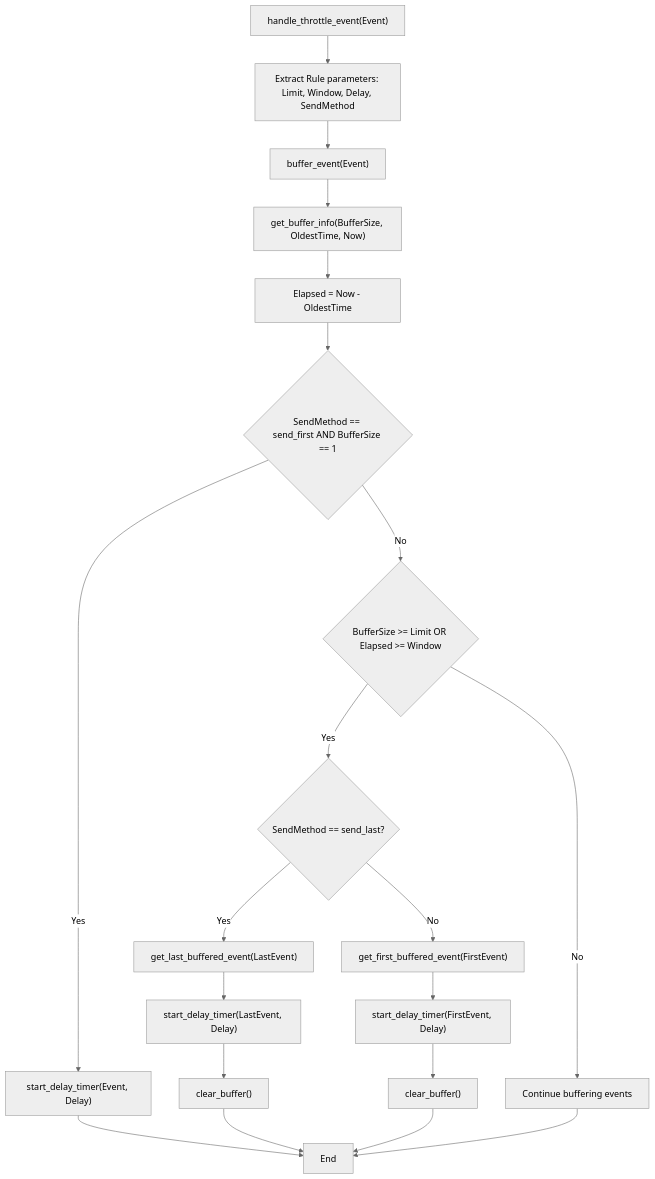
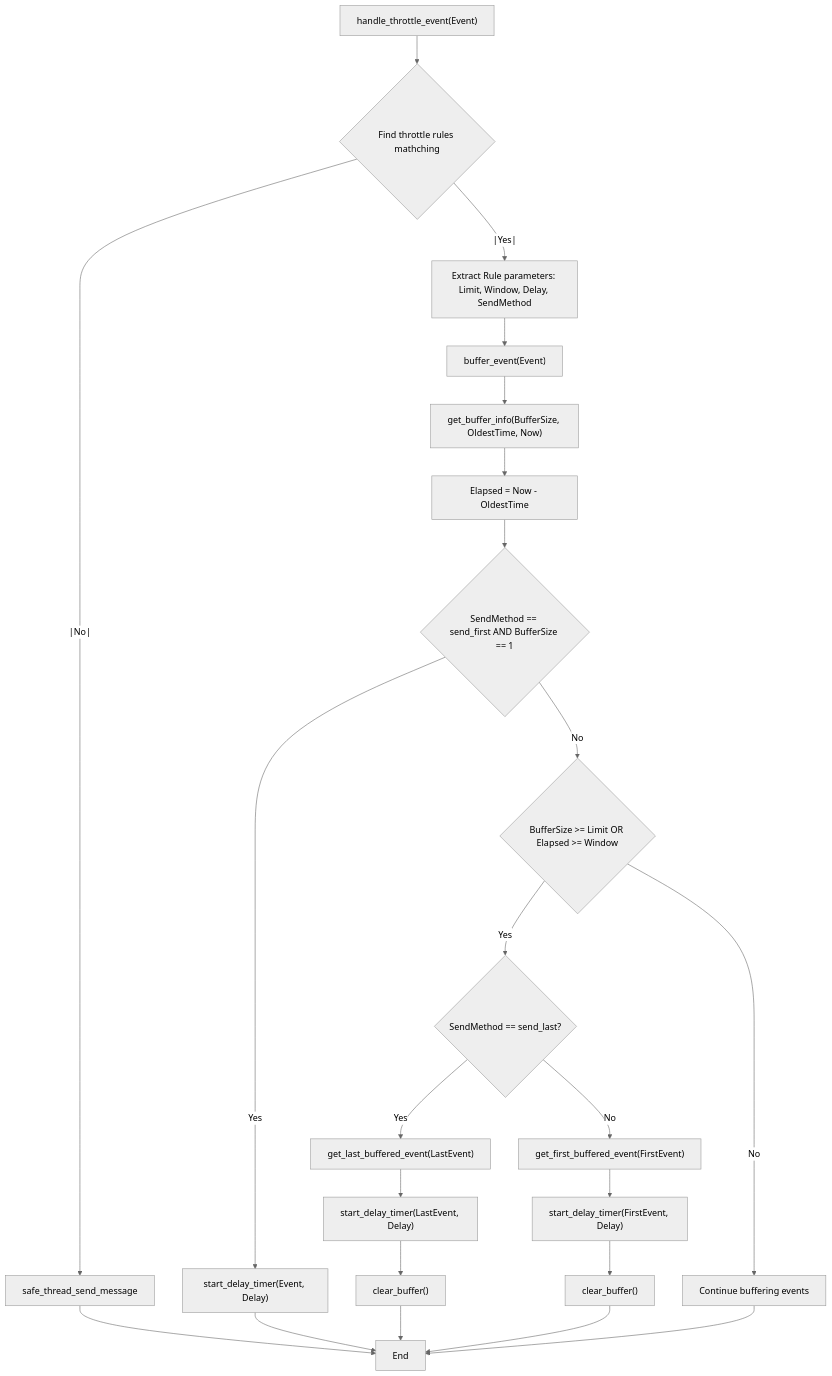
One commit to clickpaddle/clickceler changed the diagram in doc/Throttle_workflow/throttle.md. Above: the diagram before and after it, drawn with Mermaid (neutral theme).

````diff
--- a/doc/Throttle_workflow/throttle.md
+++ b/doc/Throttle_workflow/throttle.md
@@ -1,33 +1,40 @@
 ```mermaid
 flowchart TD
-    A["handle_throttle_event(Event)"] --> B["Extract Rule parameters: Limit, Window, Delay, SendMethod"]
+    A["handle_throttle_event(Event)"] --> AA{"Find throttle rules mathching"}
+    AA -- |Yes| --> B["Extract Rule parameters: Limit, Window, Delay, SendMethod"]
+    AA -- |No| --> Y["safe_thread_send_message"]
+
+    Y --> Z
+
+
     B --> C["buffer_event(Event)"]
     C --> D["get_buffer_info(BufferSize, OldestTime, Now)"]
     D --> E["Elapsed = Now - OldestTime"]
 
     %% send_first early send
     E --> F{"SendMethod == send_first AND BufferSize == 1"}
     F -->|Yes| G["start_delay_timer(Event, Delay)"]
     G --> Z["End"]
 
     %% Check limits
     F -->|No| H{"BufferSize >= Limit OR Elapsed >= Window"}
     H -->|Yes| I{"SendMethod == send_last?"}
 
     %% send_last branch
     I -->|Yes| J["get_last_buffered_event(LastEvent)"]
     J --> K["start_delay_timer(LastEvent, Delay)"]
     K --> L["clear_buffer()"]
     L --> Z
 
     %% send_first branch
     I -->|No| M["get_first_buffered_event(FirstEvent)"]
     M --> N["start_delay_timer(FirstEvent, Delay)"]
     N --> O["clear_buffer()"]
     O --> Z
 
     %% Continue buffering
     H -->|No| P["Continue buffering events"]
     P --> Z
 
+
 ```
````
